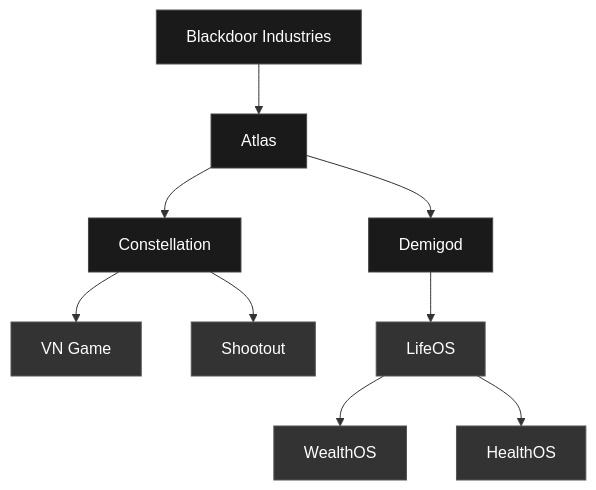
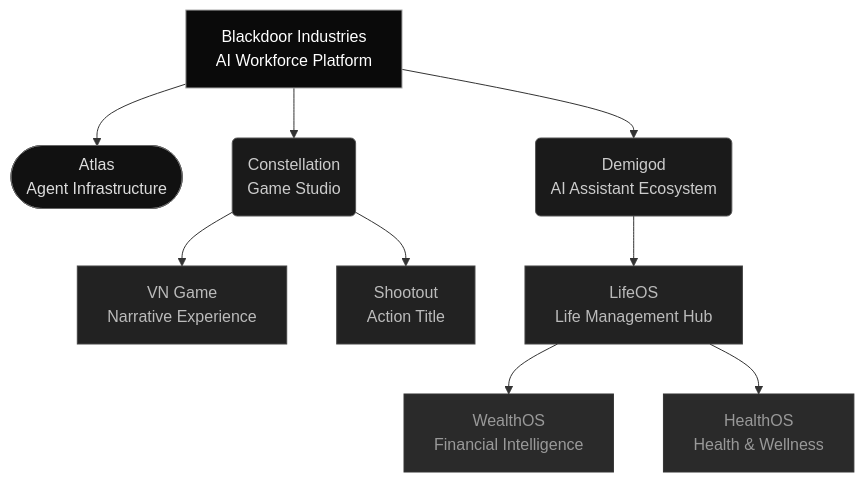
Before and after one commit to Blackdoor-Industries/.github: the first of 2 diagrams in profile/README.md, drawn with Mermaid. The commit also changed other lines of this file, not shown here.

````diff
--- a/profile/README.md
+++ b/profile/README.md
@@ -41,31 +41,31 @@
 ```mermaid
 graph TD
-    BD["Blackdoor Industries"]
-    ATLAS["Atlas"]
-    CONST["Constellation"]
-    DEMI["Demigod"]
-    VN["VN Game"]
-    SHOOT["Shootout"]
-    LIFE["LifeOS"]
-    WEALTH["WealthOS"]
-    HEALTH["HealthOS"]
+    BD["Blackdoor Industries<br/>AI Workforce Platform"]
+    ATLAS(["Atlas<br/>Agent Infrastructure"])
+    CONST("Constellation<br/>Game Studio")
+    DEMI("Demigod<br/>AI Assistant Ecosystem")
+    VN["VN Game<br/>Narrative Experience"]
+    SHOOT["Shootout<br/>Action Title"]
+    LIFE["LifeOS<br/>Life Management Hub"]
+    WEALTH["WealthOS<br/>Financial Intelligence"]
+    HEALTH["HealthOS<br/>Health & Wellness"]
 
     BD --> ATLAS
-    ATLAS --> CONST
-    ATLAS --> DEMI
+    BD --> CONST
+    BD --> DEMI
     CONST --> VN
     CONST --> SHOOT
     DEMI --> LIFE
     LIFE --> WEALTH
     LIFE --> HEALTH
 
-    style BD fill:#1a1a1a,stroke:#555,color:#fff
-    style ATLAS fill:#1a1a1a,color:#fff,stroke:#444
-    style CONST fill:#1a1a1a,color:#fff,stroke:#444
-    style DEMI fill:#1a1a1a,color:#fff,stroke:#444
-    style VN fill:#333,color:#fff,stroke:#555
-    style SHOOT fill:#333,color:#fff,stroke:#555
-    style LIFE fill:#333,color:#fff,stroke:#555
-    style WEALTH fill:#333,color:#fff,stroke:#555
-    style HEALTH fill:#333,color:#fff,stroke:#555
+    style BD fill:#0a0a0a,stroke:#aaa,color:#fff
+    style ATLAS fill:#111,stroke:#666,color:#ddd
+    style CONST fill:#1a1a1a,stroke:#555,color:#ccc
+    style DEMI fill:#1a1a1a,stroke:#555,color:#ccc
+    style VN fill:#222,stroke:#444,color:#bbb
+    style SHOOT fill:#222,stroke:#444,color:#bbb
+    style LIFE fill:#222,stroke:#444,color:#bbb
+    style WEALTH fill:#2a2a2a,stroke:#333,color:#999
+    style HEALTH fill:#2a2a2a,stroke:#333,color:#999
 ```
````
